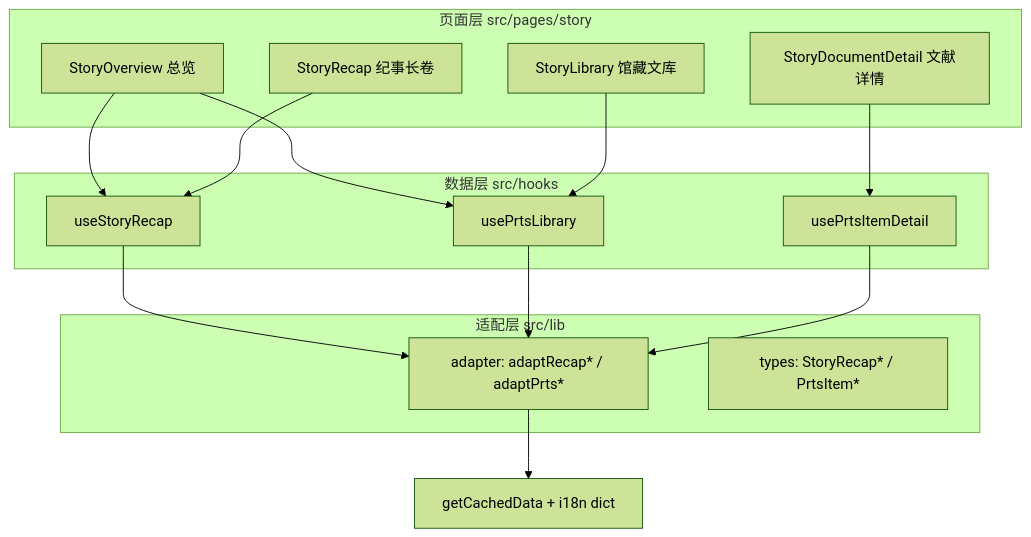
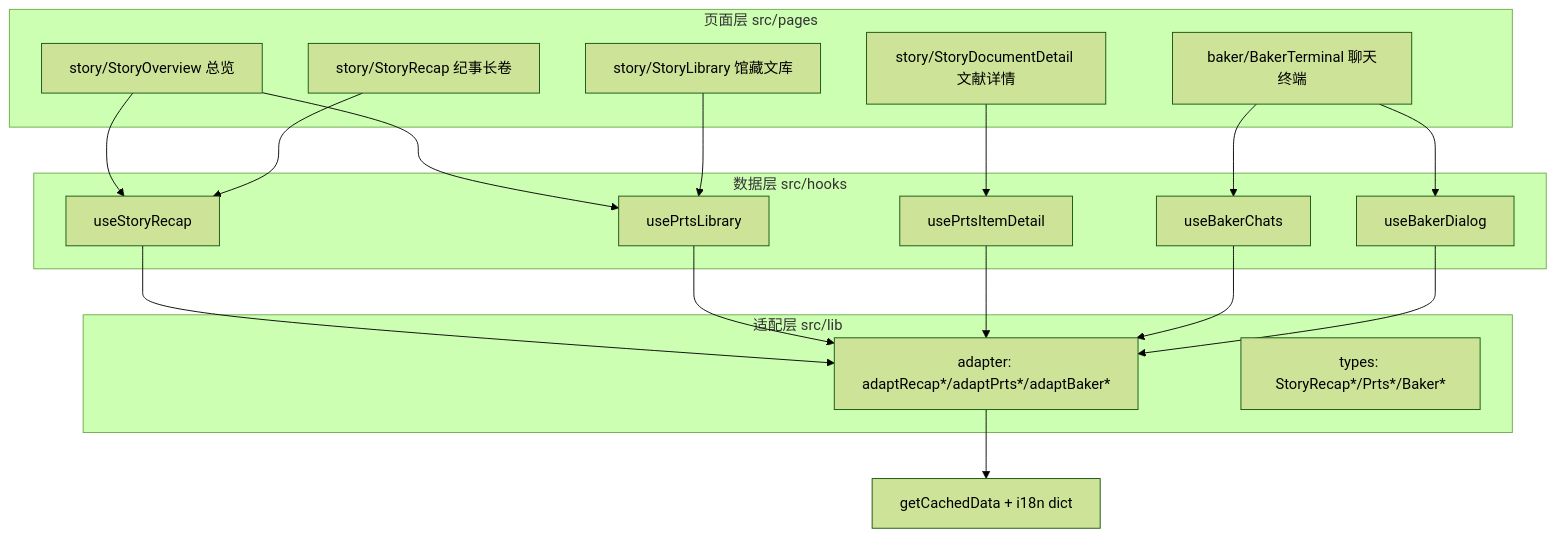
Before and after one commit to Deliay/hongshan-archives-bureau: the third of 3 diagrams in docs/engineering/proposal/20260730-story-chronicle.md, drawn with Mermaid (forest theme). The commit also changed other lines of this file and 1 other file, not shown here.

Commit message:
docs: 剧情纪事方案 v1.1 — 新增 Baker 聊天终端模块（review 意见）

````diff
--- a/docs/engineering/proposal/20260730-story-chronicle.md
+++ b/docs/engineering/proposal/20260730-story-chronicle.md
@@ -86,24 +133,28 @@
 ```mermaid
 flowchart TD
-    subgraph pages[页面层 src/pages/story]
-        P1[StoryOverview 总览]
-        P2[StoryRecap 纪事长卷]
-        P3[StoryLibrary 馆藏文库]
-        P4[StoryDocumentDetail 文献详情]
+    subgraph pages[页面层 src/pages]
+        P1[story/StoryOverview 总览]
+        P2[story/StoryRecap 纪事长卷]
+        P3[story/StoryLibrary 馆藏文库]
+        P4[story/StoryDocumentDetail 文献详情]
+        P5[baker/BakerTerminal 聊天终端]
     end
     subgraph hooks[数据层 src/hooks]
         H1[useStoryRecap]
         H2[usePrtsLibrary]
         H3[usePrtsItemDetail]
+        H4[useBakerChats]
+        H5[useBakerDialog]
     end
     subgraph lib[适配层 src/lib]
-        A1[adapter: adaptRecap* / adaptPrts*]
-        T1[types: StoryRecap* / PrtsItem*]
+        A1[adapter: adaptRecap*/adaptPrts*/adaptBaker*]
+        T1[types: StoryRecap*/Prts*/Baker*]
     end
     P1 --> H1 & H2
     P2 --> H1
     P3 --> H2
     P4 --> H3
-    H1 & H2 & H3 --> A1
+    P5 --> H4 & H5
+    H1 & H2 & H3 & H4 & H5 --> A1
     A1 --> C[getCachedData + i18n dict]
 ```
````
